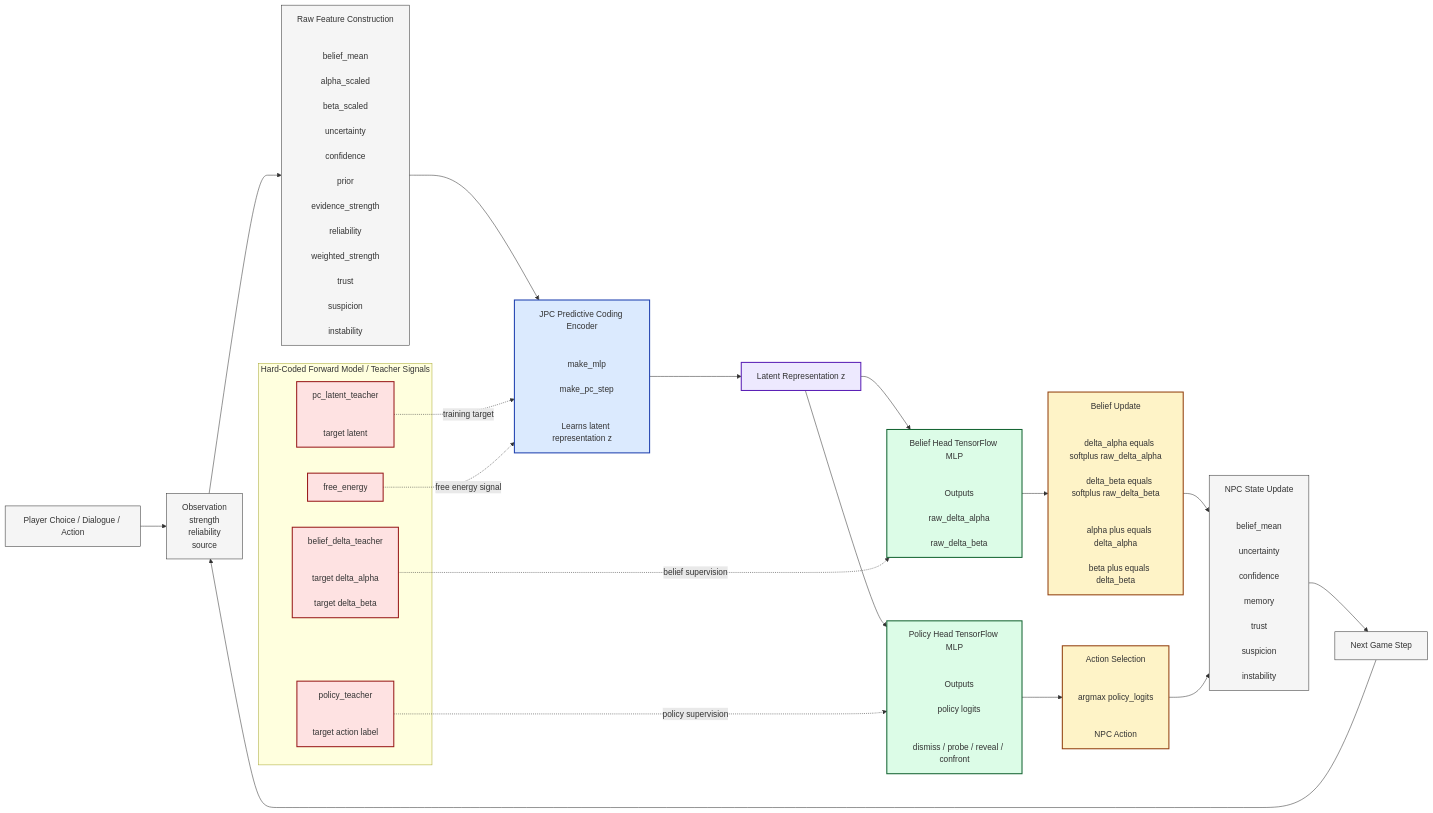
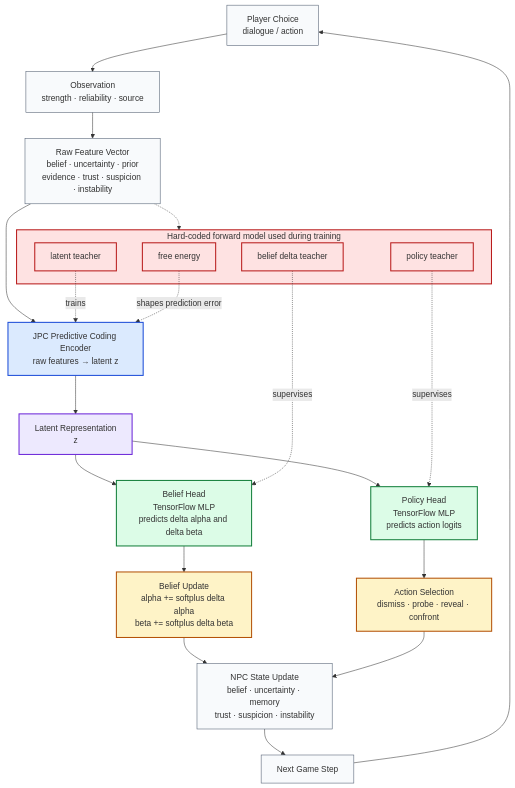
One commit to mark-alfred-griffiths/video_game_prototyping changed the diagram in flow_chart.md. Above: the diagram before and after it, drawn with Mermaid.

````diff
--- a/flow_chart.md
+++ b/flow_chart.md
@@ -1,112 +1,51 @@
 ```mermaid
-flowchart LR
+flowchart TD
 
-    A["Player Choice / Dialogue / Action"]
-    B["Observation<br/>strength<br/>reliability<br/>source"]
+    A["Player Choice<br/>dialogue / action"]
+    B["Observation<br/>strength · reliability · source"]
+    C["Raw Feature Vector<br/>belief · uncertainty · prior<br/>evidence · trust · suspicion · instability"]
 
-    A --> B
+    D["JPC Predictive Coding Encoder<br/>raw features → latent z"]
+    E["Latent Representation<br/>z"]
 
-    C["Raw Feature Construction<br/><br/>
-    belief_mean<br/>
-    alpha_scaled<br/>
-    beta_scaled<br/>
-    uncertainty<br/>
-    confidence<br/>
-    prior<br/>
-    evidence_strength<br/>
-    reliability<br/>
-    weighted_strength<br/>
-    trust<br/>
-    suspicion<br/>
-    instability"]
+    F["Belief Head<br/>TensorFlow MLP<br/>predicts delta alpha and delta beta"]
+    G["Policy Head<br/>TensorFlow MLP<br/>predicts action logits"]
 
-    B --> C
+    H["Belief Update<br/>alpha += softplus delta alpha<br/>beta += softplus delta beta"]
+    I["Action Selection<br/>dismiss · probe · reveal · confront"]
 
-    D["JPC Predictive Coding Encoder<br/><br/>
-    make_mlp<br/>
-    make_pc_step<br/><br/>
-    Learns latent representation z"]
+    J["NPC State Update<br/>belief · uncertainty · memory<br/>trust · suspicion · instability"]
+    K["Next Game Step"]
 
-    C --> D
+    A --> B --> C --> D --> E
+    E --> F --> H --> J
+    E --> G --> I --> J
+    J --> K --> A
 
-    E["Latent Representation z"]
-
-    D --> E
-
-    F["Belief Head TensorFlow MLP<br/><br/>
-    Outputs<br/>
-    raw_delta_alpha<br/>
-    raw_delta_beta"]
-
-    G["Policy Head TensorFlow MLP<br/><br/>
-    Outputs<br/>
-    policy logits<br/><br/>
-    dismiss / probe / reveal / confront"]
-
-    E --> F
-    E --> G
-
-    H["Belief Update<br/><br/>
-    delta_alpha equals softplus raw_delta_alpha<br/>
-    delta_beta equals softplus raw_delta_beta<br/><br/>
-    alpha plus equals delta_alpha<br/>
-    beta plus equals delta_beta"]
-
-    F --> H
-
-    I["Action Selection<br/><br/>
-    argmax policy_logits<br/><br/>
-    NPC Action"]
-
-    G --> I
-
-    J["NPC State Update<br/><br/>
-    belief_mean<br/>
-    uncertainty<br/>
-    confidence<br/>
-    memory<br/>
-    trust<br/>
-    suspicion<br/>
-    instability"]
-
-    H --> J
-    I --> J
-
-    J --> K["Next Game Step"]
-    K --> B
-
-    subgraph FM["Hard-Coded Forward Model / Teacher Signals"]
-
-        FE["free_energy"]
-
-        LT["pc_latent_teacher<br/><br/>
-        target latent"]
-
-        BT["belief_delta_teacher<br/><br/>
-        target delta_alpha<br/>
-        target delta_beta"]
-
-        PT["policy_teacher<br/><br/>
-        target action label"]
-
+    subgraph M["Hard-coded forward model used during training"]
+        M1["free energy"]
+        M2["latent teacher"]
+        M3["belief delta teacher"]
+        M4["policy teacher"]
     end
 
-    LT -. training target .-> D
-    BT -. belief supervision .-> F
-    PT -. policy supervision .-> G
-    FE -. free energy signal .-> D
+    C -.-> M
+    M2 -. trains .-> D
+    M3 -. supervises .-> F
+    M4 -. supervises .-> G
+    M1 -. shapes prediction error .-> D
 
-    classDef world fill:#f5f5f5,stroke:#333,stroke-width:1px;
-    classDef pc fill:#dbeafe,stroke:#1e40af,stroke-width:2px;
-    classDef latent fill:#ede9fe,stroke:#5b21b6,stroke-width:2px;
-    classDef mlp fill:#dcfce7,stroke:#166534,stroke-width:2px;
-    classDef update fill:#fef3c7,stroke:#92400e,stroke-width:2px;
-    classDef forward fill:#fee2e2,stroke:#991b1b,stroke-width:2px;
+    classDef input fill:#f8fafc,stroke:#475569,stroke-width:1px;
+    classDef pc fill:#dbeafe,stroke:#1d4ed8,stroke-width:2px;
+    classDef latent fill:#ede9fe,stroke:#6d28d9,stroke-width:2px;
+    classDef mlp fill:#dcfce7,stroke:#15803d,stroke-width:2px;
+    classDef update fill:#fef3c7,stroke:#b45309,stroke-width:2px;
+    classDef model fill:#fee2e2,stroke:#b91c1c,stroke-width:2px;
 
-    class A,B,C,J,K world;
+    class A,B,C,J,K input;
     class D pc;
     class E latent;
     class F,G mlp;
     class H,I update;
-    class FE,LT,BT,PT forward;
+    class M,M1,M2,M3,M4 model;
 ```
````
